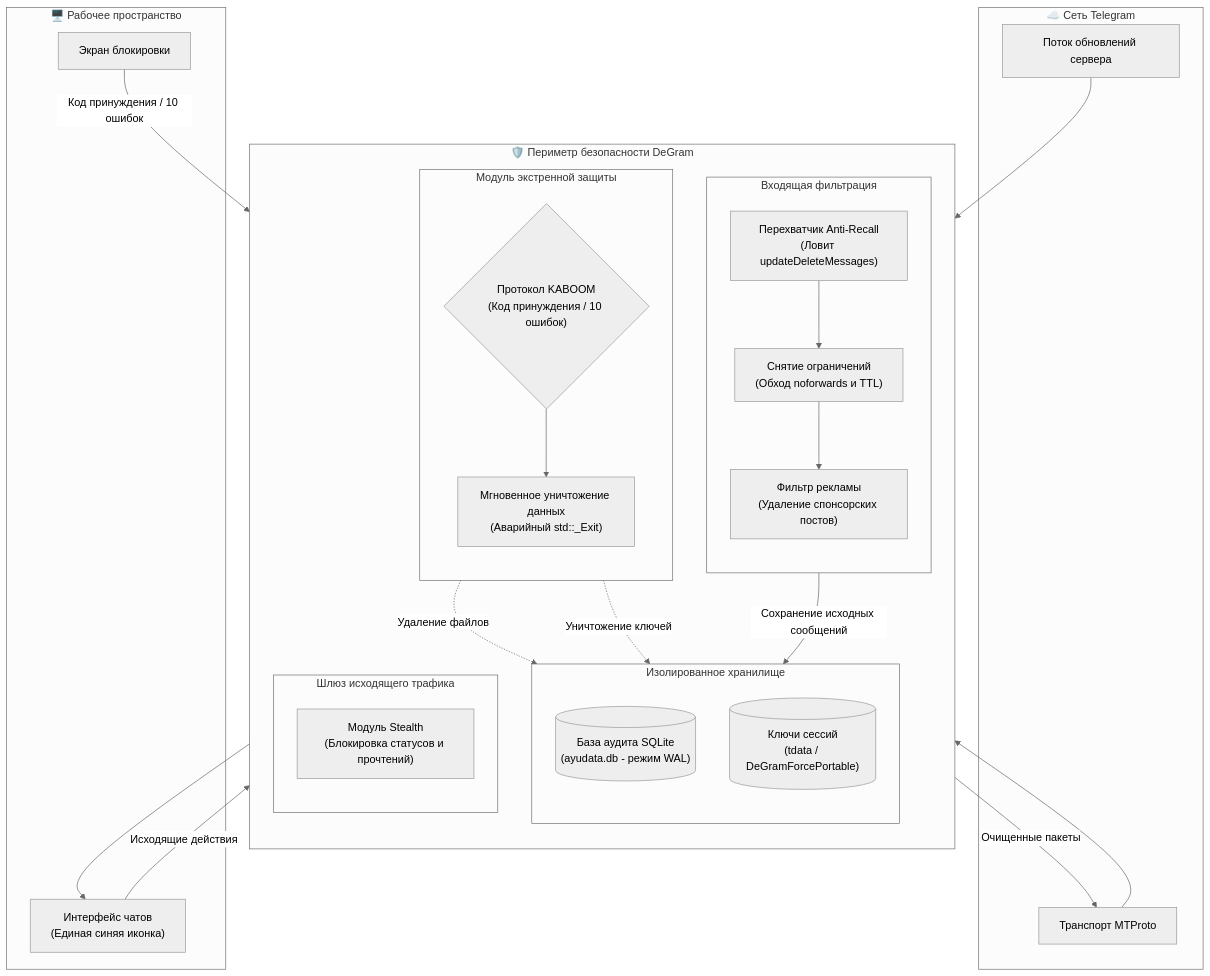
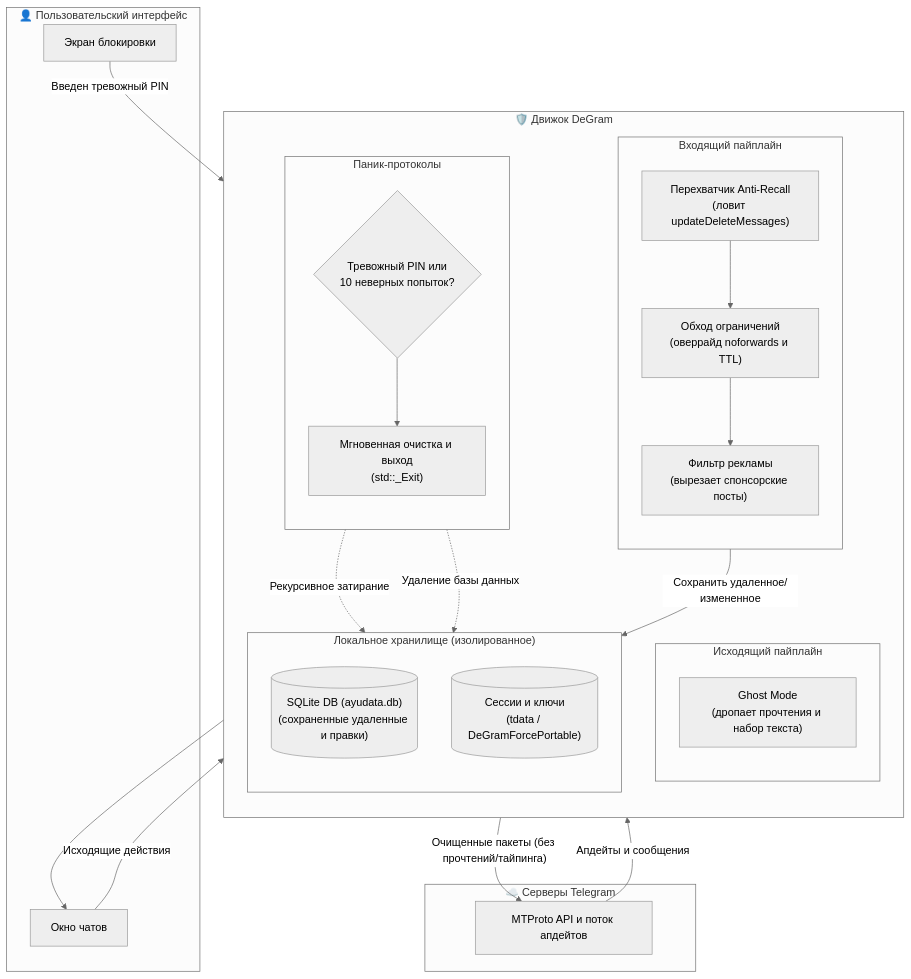
Before and after one commit to intelQong/DeGram: the diagram in README-RU.md, drawn with Mermaid (neutral theme). The commit also changed other lines of this file and 3 other files, not shown here.

````diff
--- a/README-RU.md
+++ b/README-RU.md
@@ -65,53 +73,51 @@
 ```mermaid
 flowchart TD
-    subgraph Remote["☁️ Сеть Telegram"]
-        API["Транспорт MTProto"]
-        PUSH["Поток обновлений сервера"]
+    subgraph Telegram["☁️ Серверы Telegram"]
+        API["MTProto API и поток апдейтов"]
     end
 
-    subgraph Boundary["🛡️ Периметр безопасности DeGram"]
+    subgraph DeGram["🛡️ Движок DeGram"]
         direction TB
 
-        subgraph Inbound["Входящая фильтрация"]
+        subgraph Inbound["Входящий пайплайн"]
             direction TB
-            AR["Перехватчик Anti-Recall\n(Ловит updateDeleteMessages)"]
-            DRM["Снятие ограничений\n(Обход noforwards и TTL)"]
-            AD["Фильтр рекламы\n(Удаление спонсорских постов)"]
+            AR["Перехватчик Anti-Recall\n(ловит updateDeleteMessages)"]
+            DRM["Обход ограничений\n(оверрайд noforwards и TTL)"]
+            AD["Фильтр рекламы\n(вырезает спонсорские посты)"]
         end
 
-        subgraph Storage["Изолированное хранилище"]
+        subgraph Outbound["Исходящий пайплайн"]
             direction TB
-            SQL[("База аудита SQLite\n(ayudata.db - режим WAL)")]
-            KEYS[("Ключи сессий\n(tdata / DeGramForcePortable)")]
+            GM["Ghost Mode\n(дропает прочтения и набор текста)"]
         end
 
-        subgraph Outbound["Шлюз исходящего трафика"]
+        subgraph Storage["Локальное хранилище (изолированное)"]
             direction TB
-            GHOST["Модуль Stealth\n(Блокировка статусов и прочтений)"]
+            SQL[("SQLite DB (ayudata.db)\n(сохраненные удаленные и правки)")]
+            KEYS[("Сессии и ключи\n(tdata / DeGramForcePortable)")]
         end
 
-        subgraph Protocol["Модуль экстренной защиты"]
+        subgraph Safety["Паник-протоколы"]
             direction TB
-            KABOOM{"Протокол KABOOM\n(Код принуждения / 10 ошибок)"}
-            WIPE["Мгновенное уничтожение данных\n(Аварийный std::_Exit)"]
+            DURESS{"Тревожный PIN или\n10 неверных попыток?"}
+            KABOOM["Мгновенная очистка и выход\n(std::_Exit)"]
         end
     end
 
-    subgraph User["🖥️ Рабочее пространство"]
-        UI["Интерфейс чатов\n(Единая синяя иконка)"]
+    subgraph User["👤 Пользовательский интерфейс"]
+        CHAT["Окно чатов"]
         LOCK["Экран блокировки"]
     end
 
-    PUSH --> AR
-    API --> AR
-    AR -- "Сохранение исходных сообщений" --> SQL
-    AR --> DRM --> AD --> UI
+    API -- "Апдейты и сообщения" --> AR
+    AR -- "Сохранить удаленное/измененное" --> SQL
+    AR --> DRM --> AD --> CHAT
 
-    UI -- "Исходящие действия" --> GHOST
-    GHOST -- "Очищенные пакеты" --> API
+    CHAT -- "Исходящие действия" --> GM
+    GM -- "Очищенные пакеты (без прочтений/тайпинга)" --> API
 
-    LOCK -- "Код принуждения / 10 ошибок" --> KABOOM
-    KABOOM --> WIPE
-    WIPE -.->|"Удаление файлов"| SQL
-    WIPE -.->|"Уничтожение ключей"| KEYS
+    LOCK -- "Введен тревожный PIN" --> DURESS
+    DURESS --> KABOOM
+    KABOOM -.->|"Рекурсивное затирание"| KEYS
+    KABOOM -.->|"Удаление базы данных"| SQL
 ```
````
